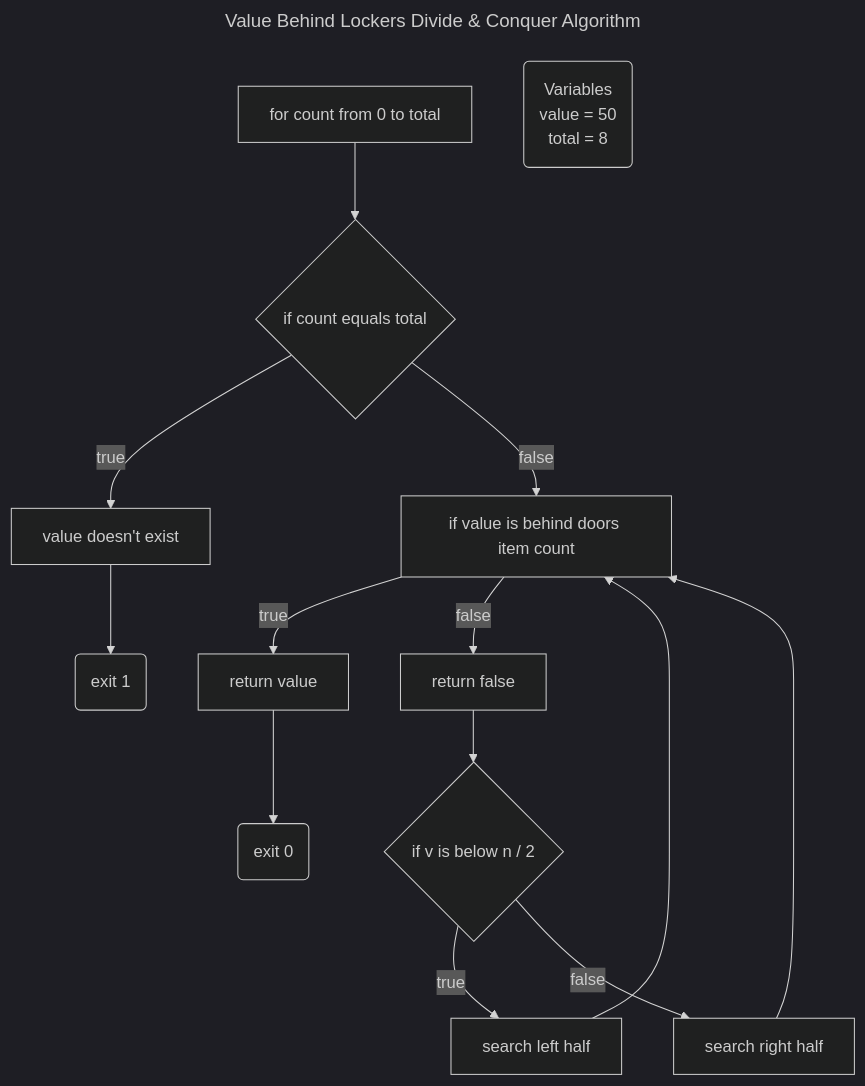
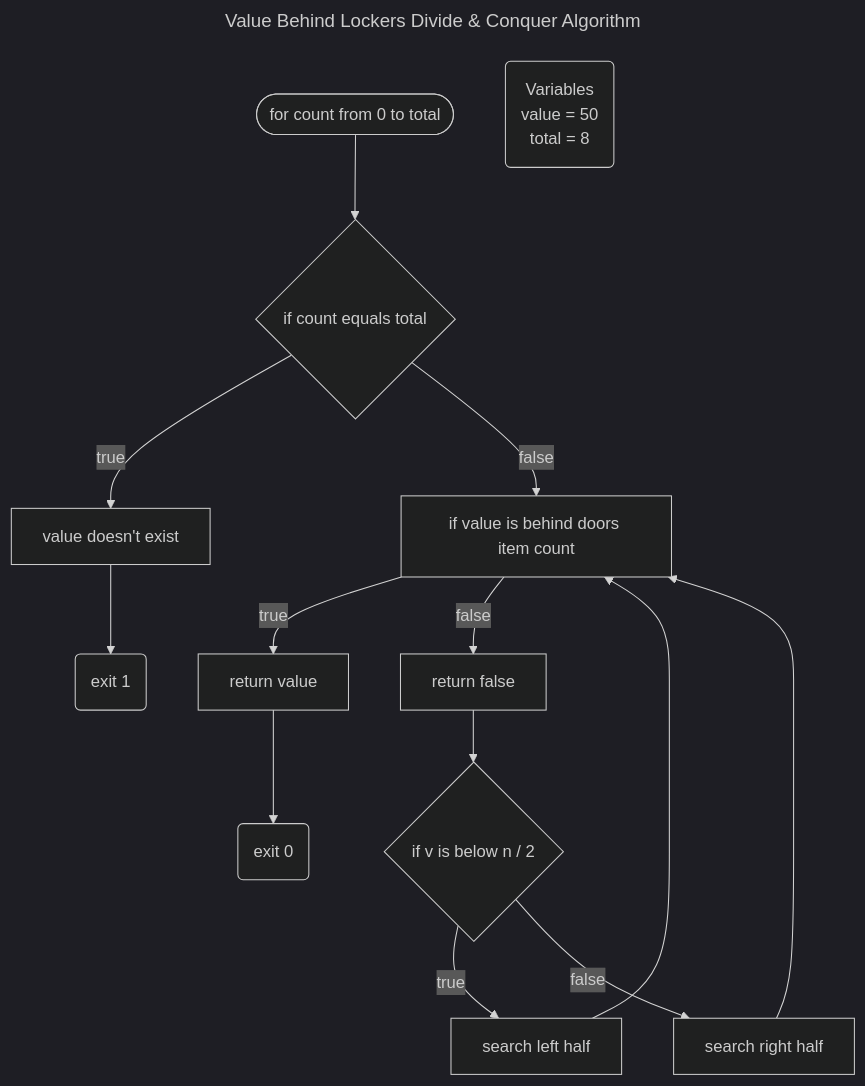
One commit to maclong9/harvard-compsci changed the third of 5 diagrams in CS50/03-Algorithms/README.md. Above: the diagram before and after it, drawn with Mermaid (dark theme). The commit also changed other lines of this file, not shown here.

Commit message:
feat: added flowcharts for algos

````diff
--- a/CS50/03-Algorithms/README.md
+++ b/CS50/03-Algorithms/README.md
@@ -31,20 +31,20 @@
 ``` mermaid
 ---
 title: Value Behind Lockers Divide & Conquer Algorithm
 ---
 
 flowchart TD
     vars("Variables\nvalue = 50\ntotal = 8")
-    1["for count from 0 to total"] -->
+    1(["for count from 0 to total"]) -->
     2{"if count equals total"}
     2 --> |true| 3["value doesn't exist"] --> 16
     2 --> |false| 4["if value is behind doors item count"]
     4 --> |true| 5["return value"] --> 15
     4 --> |false| 6["return false"] -->
     7{"if v is below n / 2"} 
     7 --> |true| 8["search left half"] --> 4
     7 --> |false| 9["search right half"] --> 4
 
     15("exit 0")
     16("exit 1")
 ```
````
